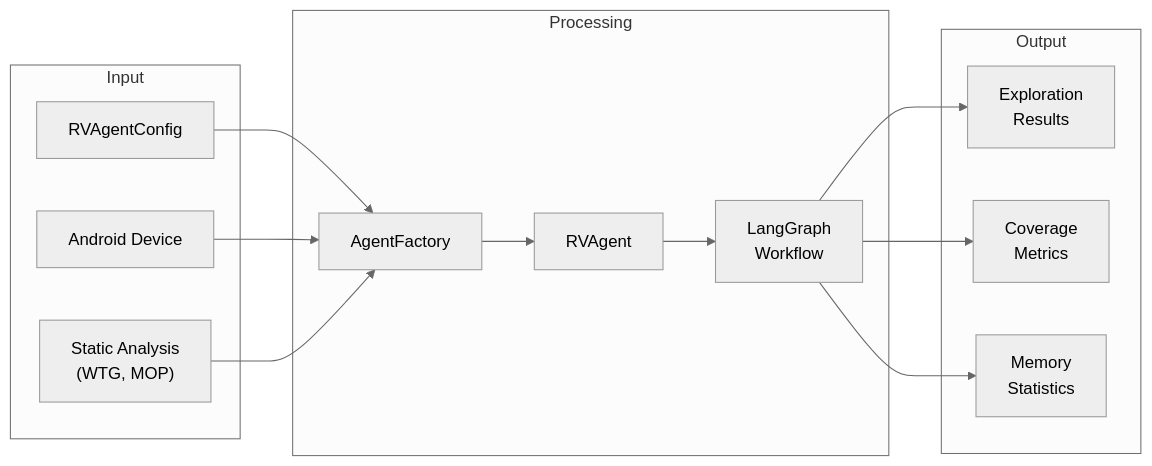
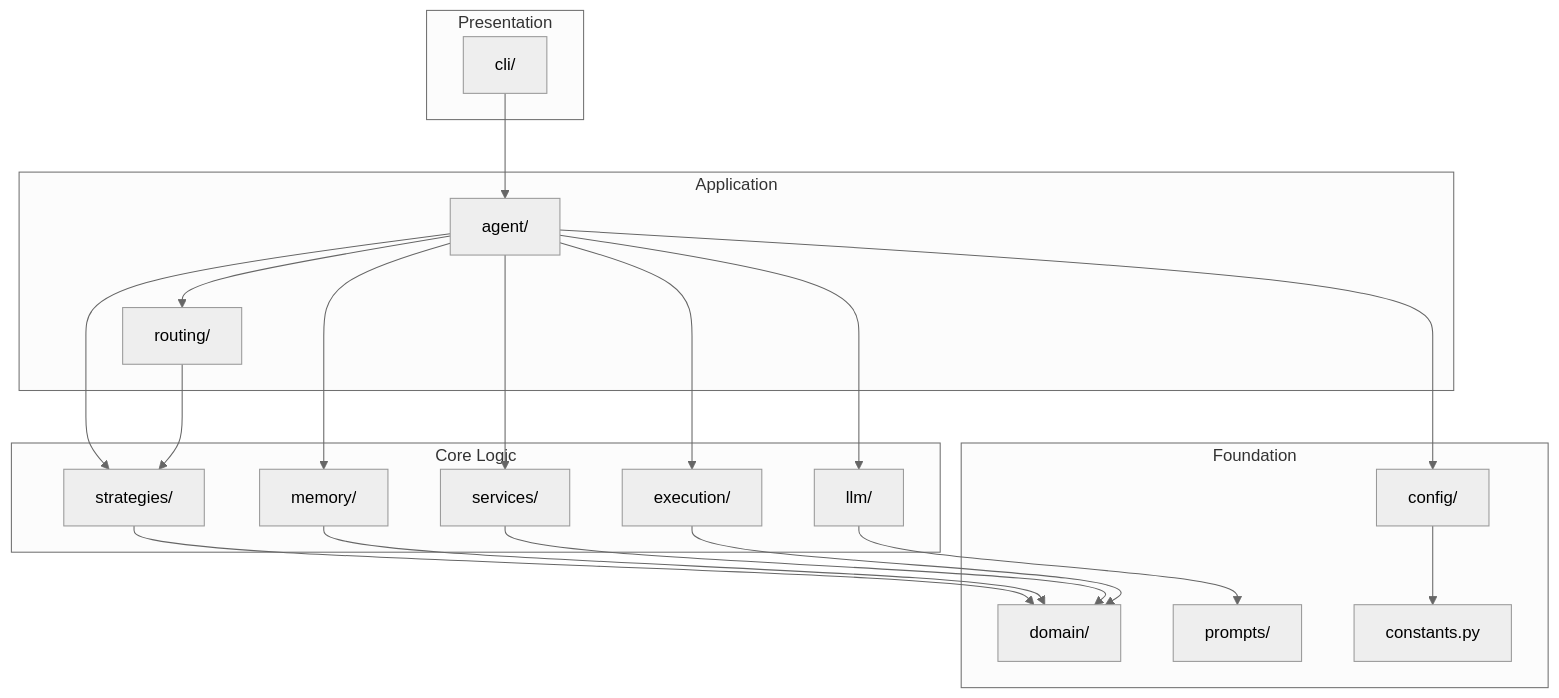
One commit to PAMunb/rvsec changed the second of 5 diagrams in rv-android/modules/rv-agent/docs/architecture.md. Above: the diagram before and after it, drawn with Mermaid. The commit also changed other lines of this file and 17 other files, not shown here.

First line of the commit message:
docs(tg5): architecture docs for all 13 modules + aperv spec rewrite + script updates (refs #48)

````diff
--- a/rv-android/modules/rv-agent/docs/architecture.md
+++ b/rv-android/modules/rv-agent/docs/architecture.md
@@ -225,30 +295,40 @@
 ```mermaid
 %%{init: {'theme': 'neutral'}}%%
-flowchart LR
-    subgraph Input["Input"]
-        Config["RVAgentConfig"]
-        Device["Android Device"]
-        StaticData["Static Analysis<br/>(WTG, MOP)"]
+flowchart TB
+    subgraph Presentation["Presentation"]
+        CLIPkg["cli/"]
+    end
+    subgraph Application["Application"]
+        AgentPkg["agent/"]
+        RoutingPkg["routing/"]
+    end
+    subgraph CoreLogic["Core Logic"]
+        StratPkg["strategies/"]
+        LLMPkg["llm/"]
+        MemPkg["memory/"]
+        SvcPkg["services/"]
+        ExecPkg["execution/"]
+    end
+    subgraph Foundation["Foundation"]
+        DomainPkg["domain/"]
+        ConfigPkg["config/"]
+        PromptPkg["prompts/"]
+        ConstPkg["constants.py"]
     end
 
-    subgraph Processing["Processing"]
-        Factory["AgentFactory"]
-        Agent["RVAgent"]
-        Workflow["LangGraph<br/>Workflow"]
-    end
-
-    subgraph Output["Output"]
-        Results["Exploration<br/>Results"]
-        Metrics["Coverage<br/>Metrics"]
-        Memory["Memory<br/>Statistics"]
-    end
-
-    Config --> Factory
-    Device --> Factory
-    StaticData --> Factory
-    Factory --> Agent
-    Agent --> Workflow
-    Workflow --> Results
-    Workflow --> Metrics
-    Workflow --> Memory
+    CLIPkg --> AgentPkg
+    AgentPkg --> RoutingPkg
+    AgentPkg --> StratPkg
+    AgentPkg --> LLMPkg
+    AgentPkg --> MemPkg
+    AgentPkg --> SvcPkg
+    AgentPkg --> ExecPkg
+    RoutingPkg --> StratPkg
+    StratPkg --> DomainPkg
+    LLMPkg --> PromptPkg
+    MemPkg --> DomainPkg
+    SvcPkg --> DomainPkg
+    ExecPkg --> DomainPkg
+    AgentPkg --> ConfigPkg
+    ConfigPkg --> ConstPkg
 ```
````
